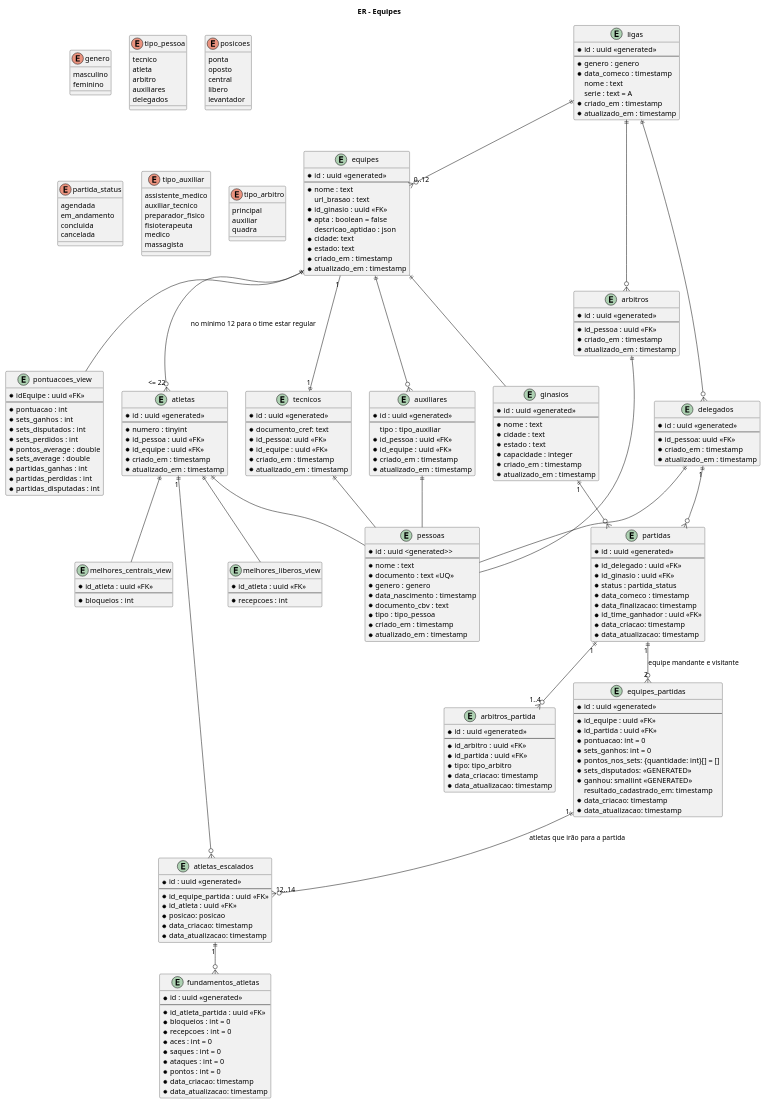
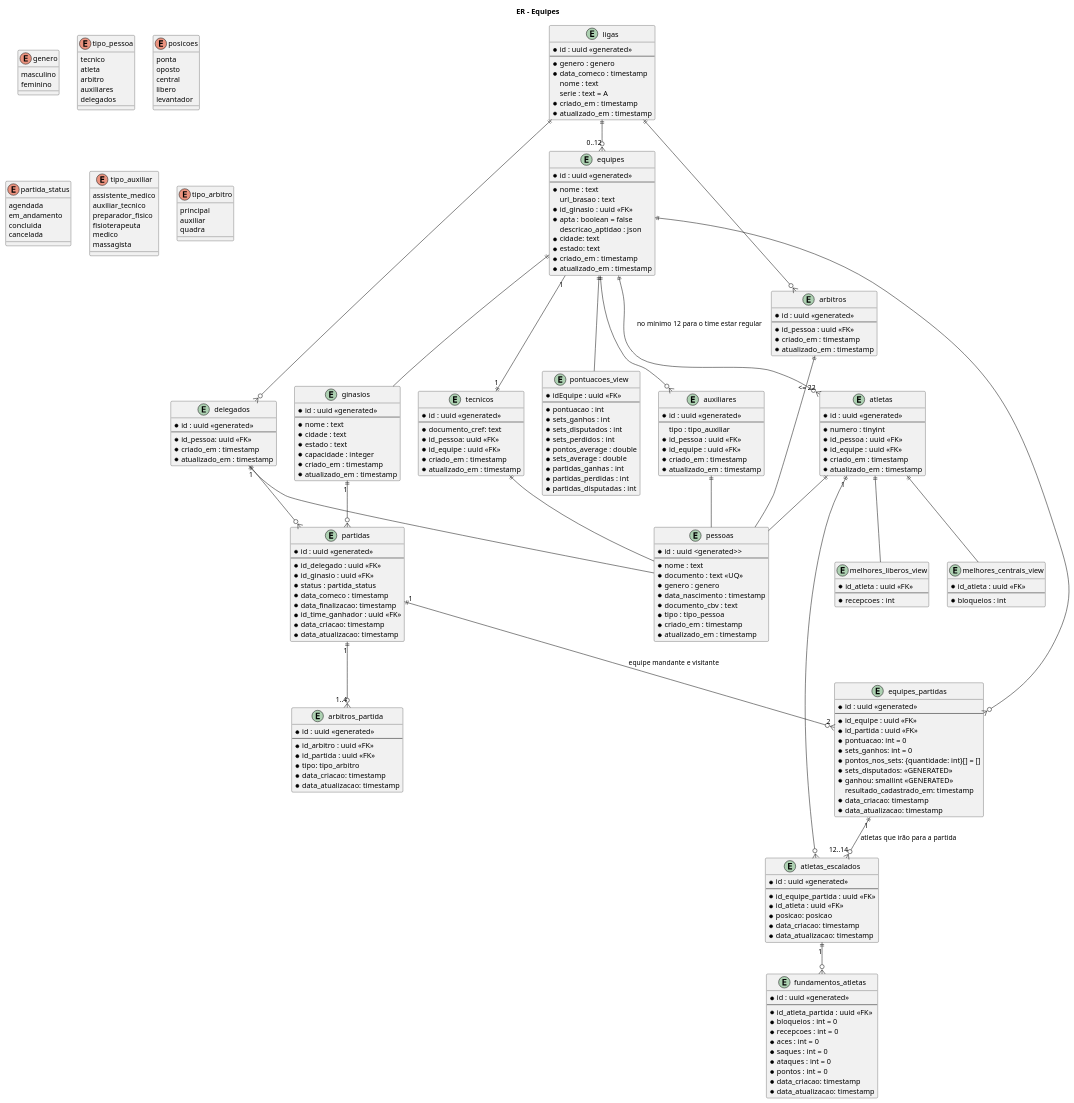
One commit to josecleiton/volleyball-api changed the diagram in documentation/volei.puml. Above: the diagram before and after it, drawn with PlantUML. The commit also changed 64 other files, not shown here.

```diff
--- a/documentation/volei.puml
+++ b/documentation/volei.puml
@@ -237,6 +237,7 @@
 equipes ||--o{ auxiliares
 equipes ||-- ginasios
 equipes ||-- pontuacoes_view
+equipes ||--o{ equipes_partidas
 delegados "1" ||--o{ partidas
 ginasios "1" ||--o{ partidas
 partidas "1" ||--o{ "2" equipes_partidas : equipe mandante e visitante
```
